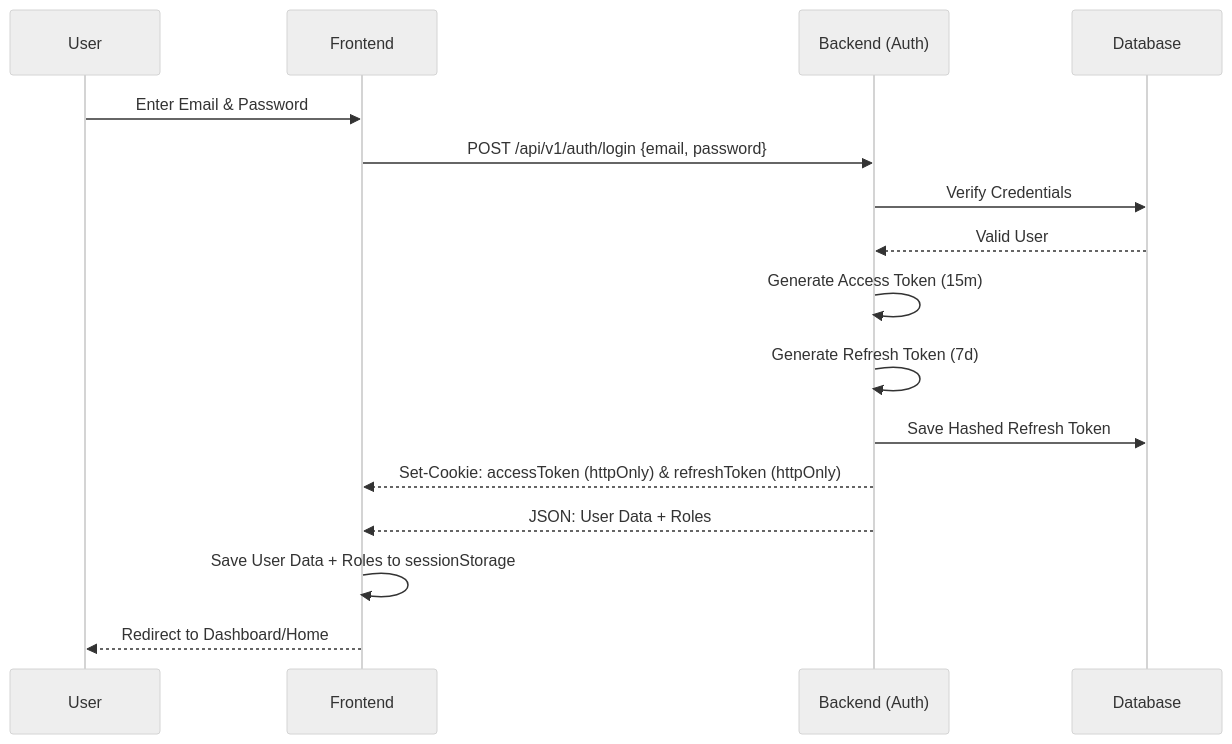
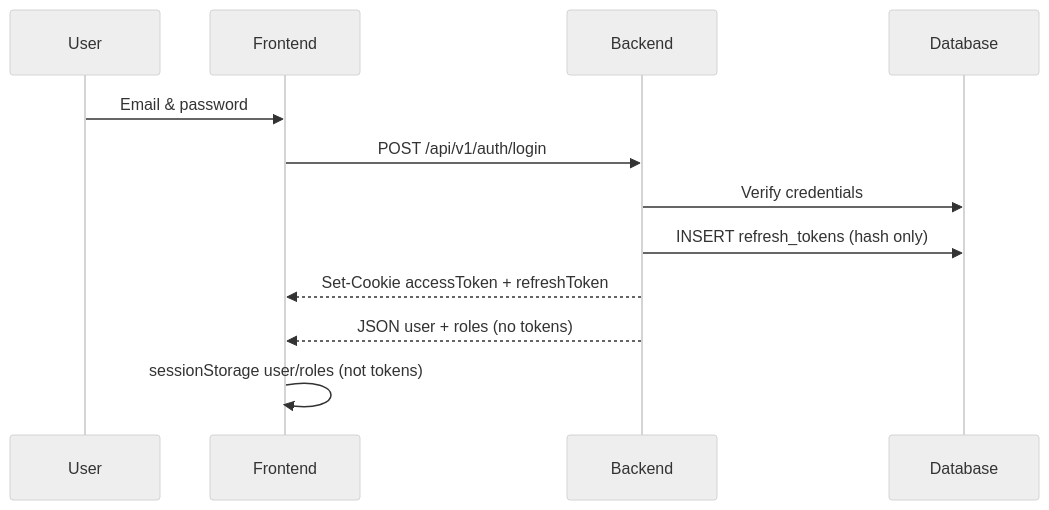
The first of 4 diagrams in docs/jwt-auth-flow.md (kazama679/project-showroom-porsche), drawn with Mermaid (neutral theme) before and after one commit. The commit also changed other lines of this file and 316 other files, not shown here.

````diff
--- a/docs/jwt-auth-flow.md
+++ b/docs/jwt-auth-flow.md
@@ -15,19 +89,15 @@
 ```mermaid
 sequenceDiagram
     participant User
     participant Frontend
-    participant Backend (Auth)
+    participant Backend
     participant Database
 
-    User->>Frontend: Enter Email & Password
-    Frontend->>Backend (Auth): POST /api/v1/auth/login {email, password}
-    Backend (Auth)->>Database: Verify Credentials
-    Database-->>Backend (Auth): Valid User
-    Backend (Auth)->>Backend (Auth): Generate Access Token (15m)
-    Backend (Auth)->>Backend (Auth): Generate Refresh Token (7d)
-    Backend (Auth)->>Database: Save Hashed Refresh Token
-    Backend (Auth)-->>Frontend: Set-Cookie: accessToken (httpOnly) & refreshToken (httpOnly)
-    Backend (Auth)-->>Frontend: JSON: User Data + Roles
-    Frontend->>Frontend: Save User Data + Roles to sessionStorage
-    Frontend-->>User: Redirect to Dashboard/Home
+    User->>Frontend: Email & password
+    Frontend->>Backend: POST /api/v1/auth/login
+    Backend->>Database: Verify credentials
+    Backend->>Database: INSERT refresh_tokens (hash only)
+    Backend-->>Frontend: Set-Cookie accessToken + refreshToken
+    Backend-->>Frontend: JSON user + roles (no tokens)
+    Frontend->>Frontend: sessionStorage user/roles (not tokens)
 ```
````
